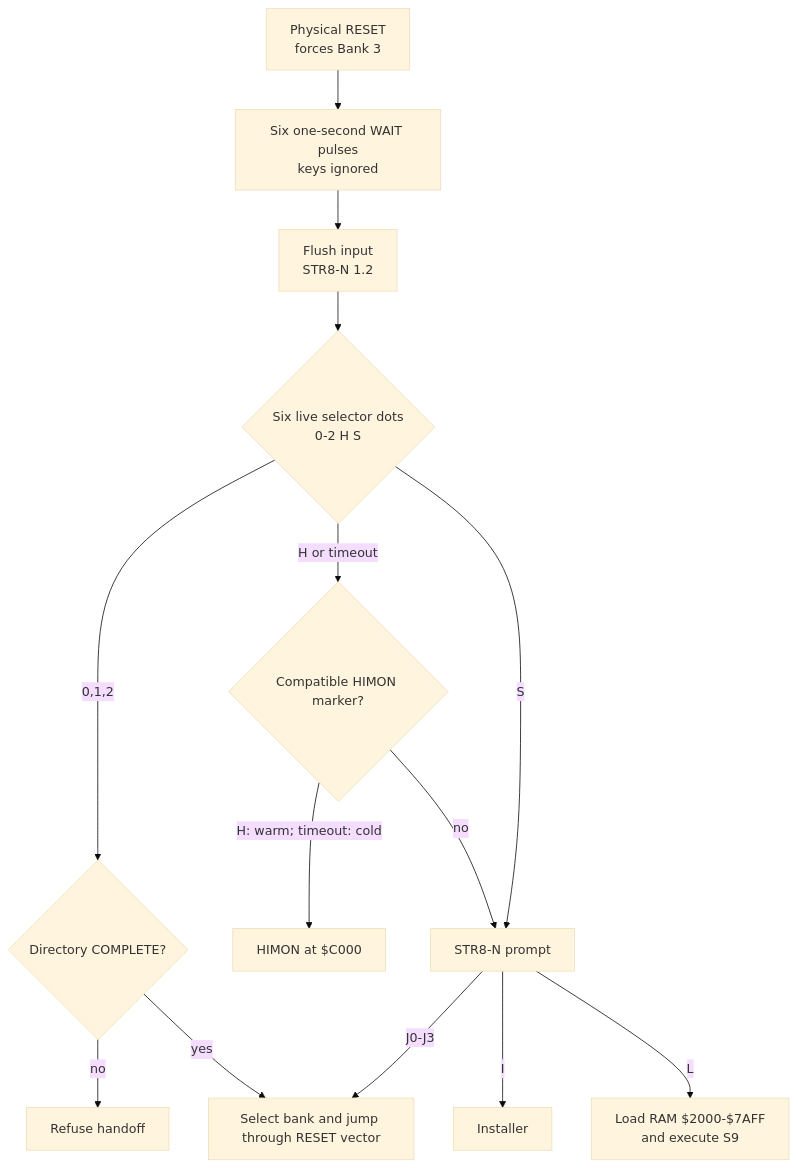
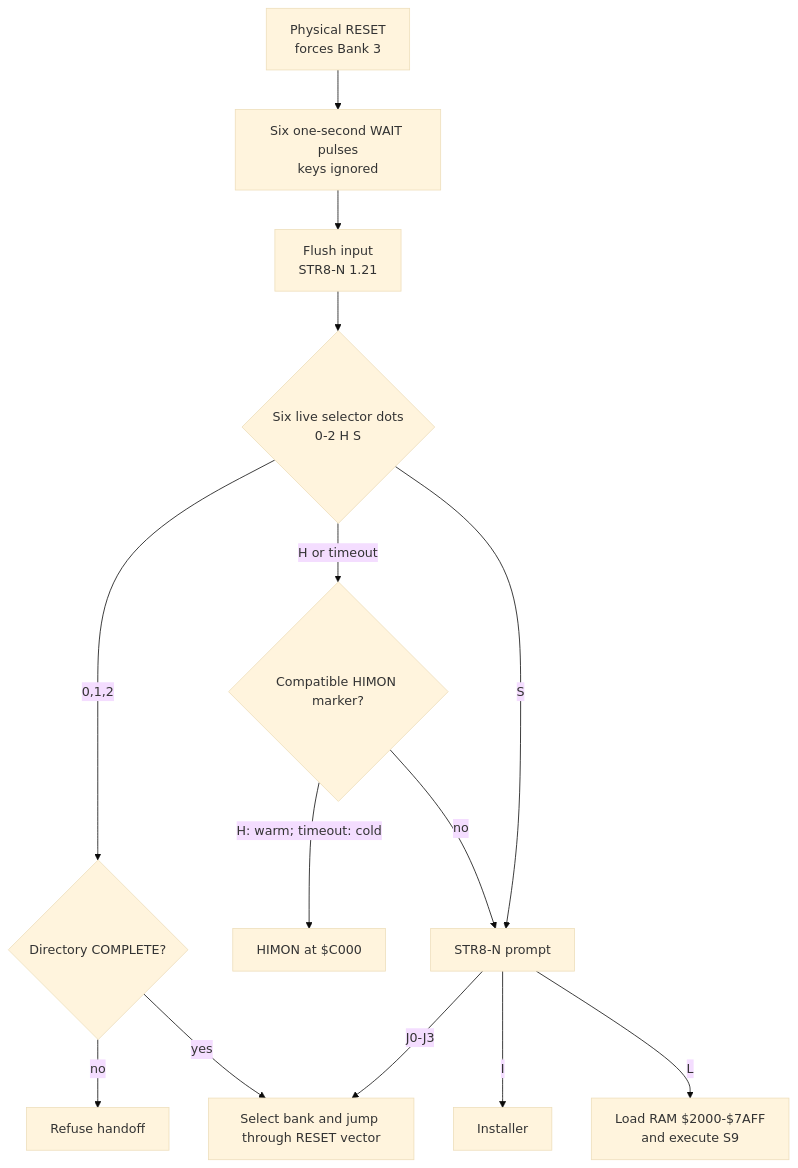
Before and after one commit to 95westus/STR8-N: the fourth of 12 diagrams in docs/MAPS.md, drawn with Mermaid (base theme). The commit also changed other lines of this file and 30 other files, not shown here.

````diff
--- a/docs/MAPS.md
+++ b/docs/MAPS.md
@@ -86,16 +86,16 @@
 ```mermaid
 flowchart TD
     R[Physical RESET<br/>forces Bank 3] --> A[Six one-second WAIT pulses<br/>keys ignored]
-    A --> P[Flush input<br/>STR8-N 1.2]
+    A --> P[Flush input<br/>STR8-N 1.21]
     P --> Q{Six live selector dots<br/>0-2 H S}
     Q -->|0,1,2| C{Directory COMPLETE?}
     C -->|no| F[Refuse handoff]
     C -->|yes| J[Select bank and jump through RESET vector]
     Q -->|H or timeout| M{Compatible HIMON marker?}
     M -->|H: warm; timeout: cold| H[HIMON at $C000]
     M -->|no| S[STR8-N prompt]
     Q -->|S| S
     S -->|J0-J3| J
     S -->|I| I[Installer]
     S -->|L| L[Load RAM $2000-$7AFF<br/>and execute S9]
 ```
````
